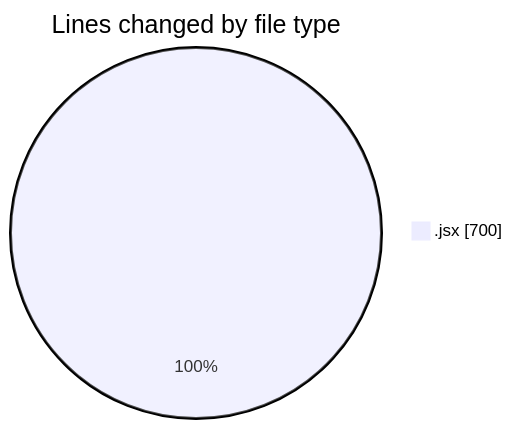
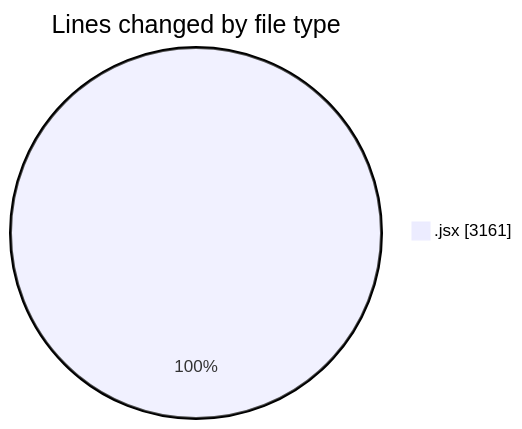
One commit to nxtqubesakshisongat/code-tracking changed the first of 2 diagrams in 2026-01-13/nxtqube_webapp/README.md. Above: the diagram before and after it, drawn with Mermaid. The commit also changed other lines of this file and 1 other file, not shown here.

````diff
--- a/2026-01-13/nxtqube_webapp/README.md
+++ b/2026-01-13/nxtqube_webapp/README.md
@@ -20,5 +22,5 @@
 ```mermaid
 pie showData
 title Lines changed by file type
-".jsx" : 700
+".jsx" : 3161
 ```
````
